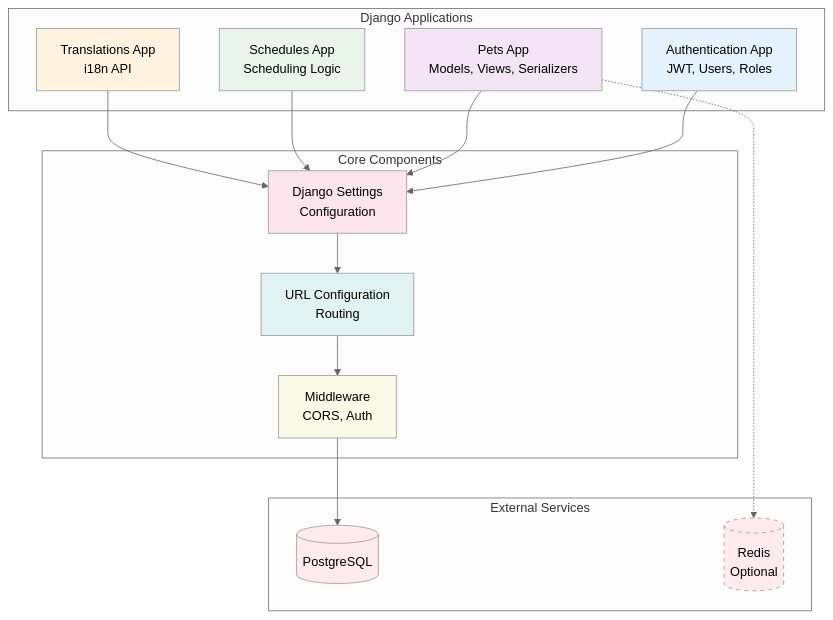
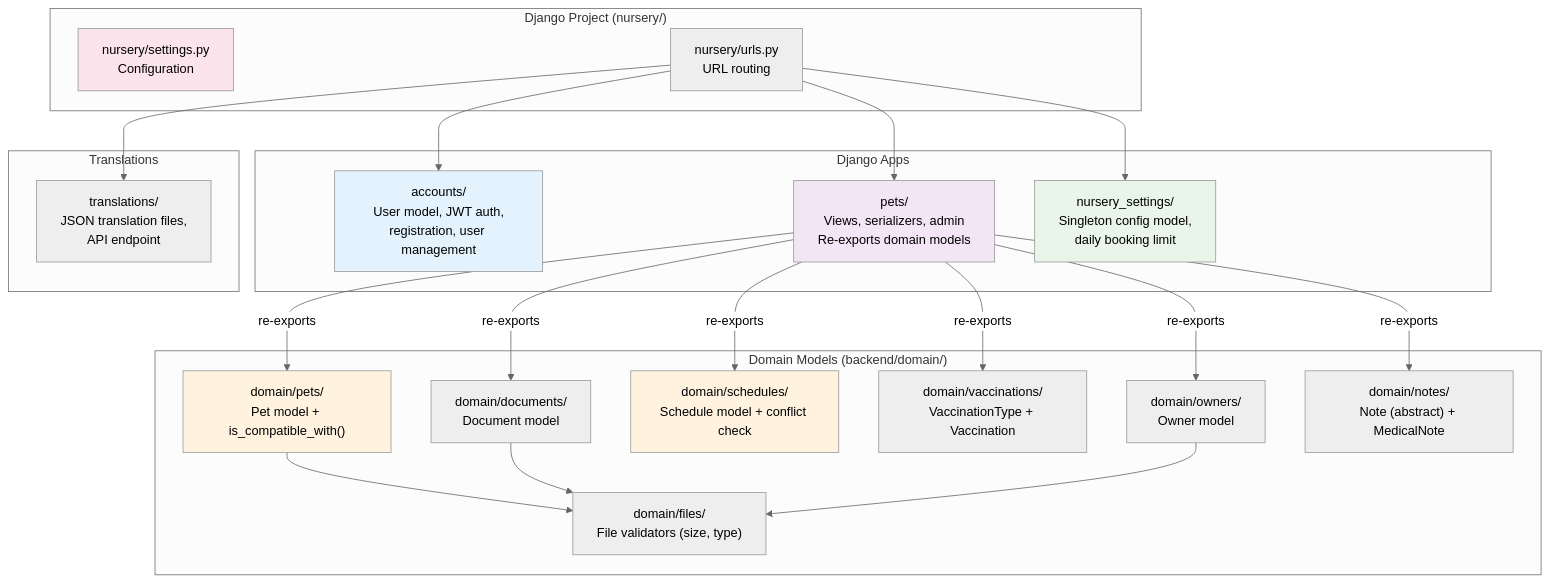
The third of 10 diagrams in docs/docs/architecture.md (maxi3390/happydogs-calendar), drawn with Mermaid (neutral theme) before and after one commit. The commit also changed other lines of this file and 42 other files, not shown here.

````diff
--- a/docs/docs/architecture.md
+++ b/docs/docs/architecture.md
@@ -79,41 +135,41 @@
 ```mermaid
 graph TB
-    subgraph "Django Applications"
-        AuthApp[Authentication App<br/>JWT, Users, Roles]
-        PetsApp[Pets App<br/>Models, Views, Serializers]
-        SchedulesApp[Schedules App<br/>Scheduling Logic]
-        TranslationsApp[Translations App<br/>i18n API]
+    subgraph "Django Project (nursery/)"
+        Settings["nursery/settings.py<br/>Configuration"]
+        URLs["nursery/urls.py<br/>URL routing"]
     end
 
-    subgraph "Core Components"
-        Settings[Django Settings<br/>Configuration]
-        URLs[URL Configuration<br/>Routing]
-        Middleware[Middleware<br/>CORS, Auth]
+    subgraph "Django Apps"
+        Accounts["accounts/<br/>User model, JWT auth,<br/>registration, user management"]
+        Pets["pets/<br/>Views, serializers, admin<br/>Re-exports domain models"]
+        NurserySettings["nursery_settings/<br/>Singleton config model,<br/>daily booking limit"]
     end
 
-    subgraph "External Services"
-        DB[(PostgreSQL)]
-        Cache[(Redis<br/>Optional)]
+    subgraph "Domain Models (backend/domain/)"
+        DomainOwners["domain/owners/<br/>Owner model"]
+        DomainPets["domain/pets/<br/>Pet model + is_compatible_with()"]
+        DomainSchedules["domain/schedules/<br/>Schedule model + conflict check"]
+        DomainVaccinations["domain/vaccinations/<br/>VaccinationType + Vaccination"]
+        DomainDocuments["domain/documents/<br/>Document model"]
+        DomainNotes["domain/notes/<br/>Note (abstract) + MedicalNote"]
+        DomainFiles["domain/files/<br/>File validators (size, type)"]
     end
 
-    AuthApp --> Settings
-    PetsApp --> Settings
-    SchedulesApp --> Settings
-    TranslationsApp --> Settings
+    subgraph "Translations"
+        TranslationsApp["translations/<br/>JSON translation files,<br/>API endpoint"]
+    end
 
-    Settings --> URLs
-    URLs --> Middleware
+    URLs --> Accounts & Pets & NurserySettings & TranslationsApp
+    Pets -->|"re-exports"| DomainOwners & DomainPets & DomainSchedules
+    Pets -->|"re-exports"| DomainVaccinations & DomainDocuments & DomainNotes
+    DomainPets --> DomainFiles
+    DomainDocuments --> DomainFiles
+    DomainOwners --> DomainFiles
 
-    Middleware --> DB
-    PetsApp -.-> Cache
-
-    style AuthApp fill:#e3f2fd
-    style PetsApp fill:#f3e5f5
-    style SchedulesApp fill:#e8f5e8
-    style TranslationsApp fill:#fff3e0
     style Settings fill:#fce4ec
-    style URLs fill:#e0f2f1
-    style Middleware fill:#f9fbe7
-    style DB fill:#ffebee
-    style Cache fill:#ffebee,stroke-dasharray: 5 5
+    style Accounts fill:#e3f2fd
+    style Pets fill:#f3e5f5
+    style NurserySettings fill:#e8f5e8
+    style DomainPets fill:#fff3e0
+    style DomainSchedules fill:#fff3e0
 ```
````
